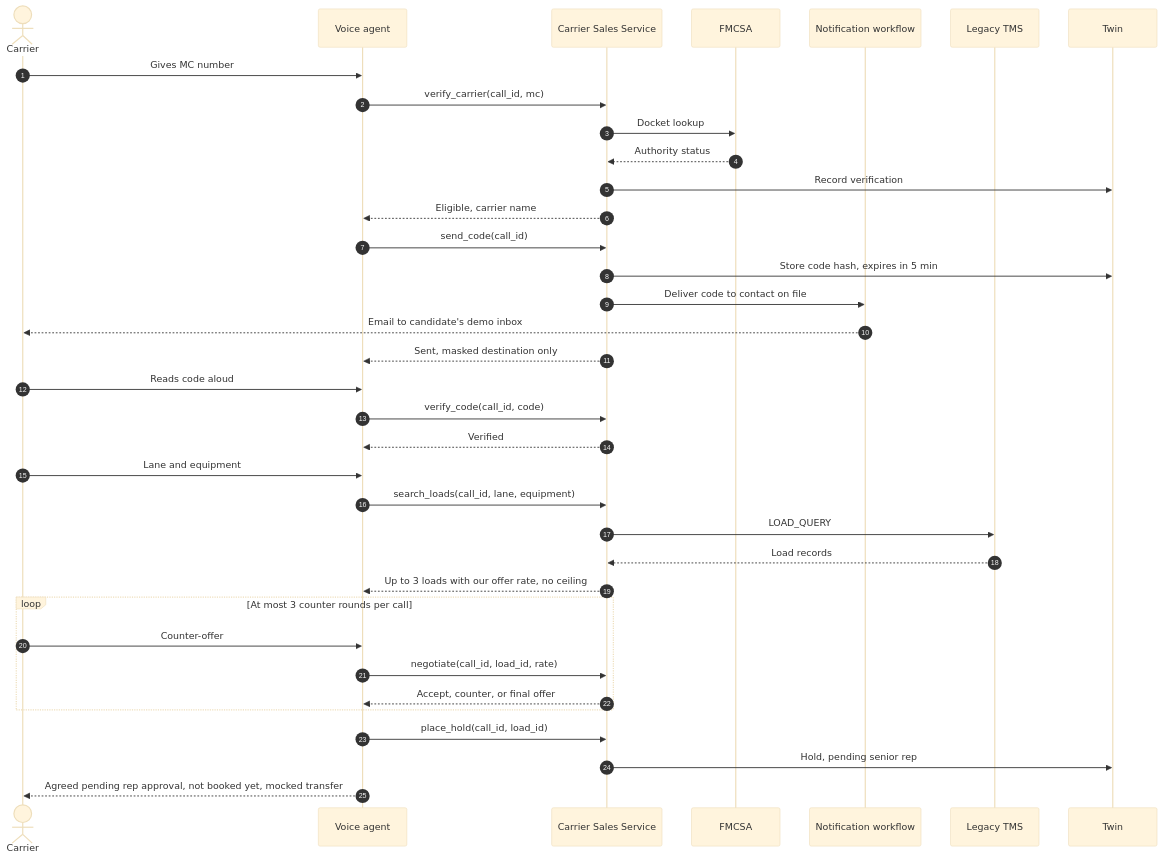
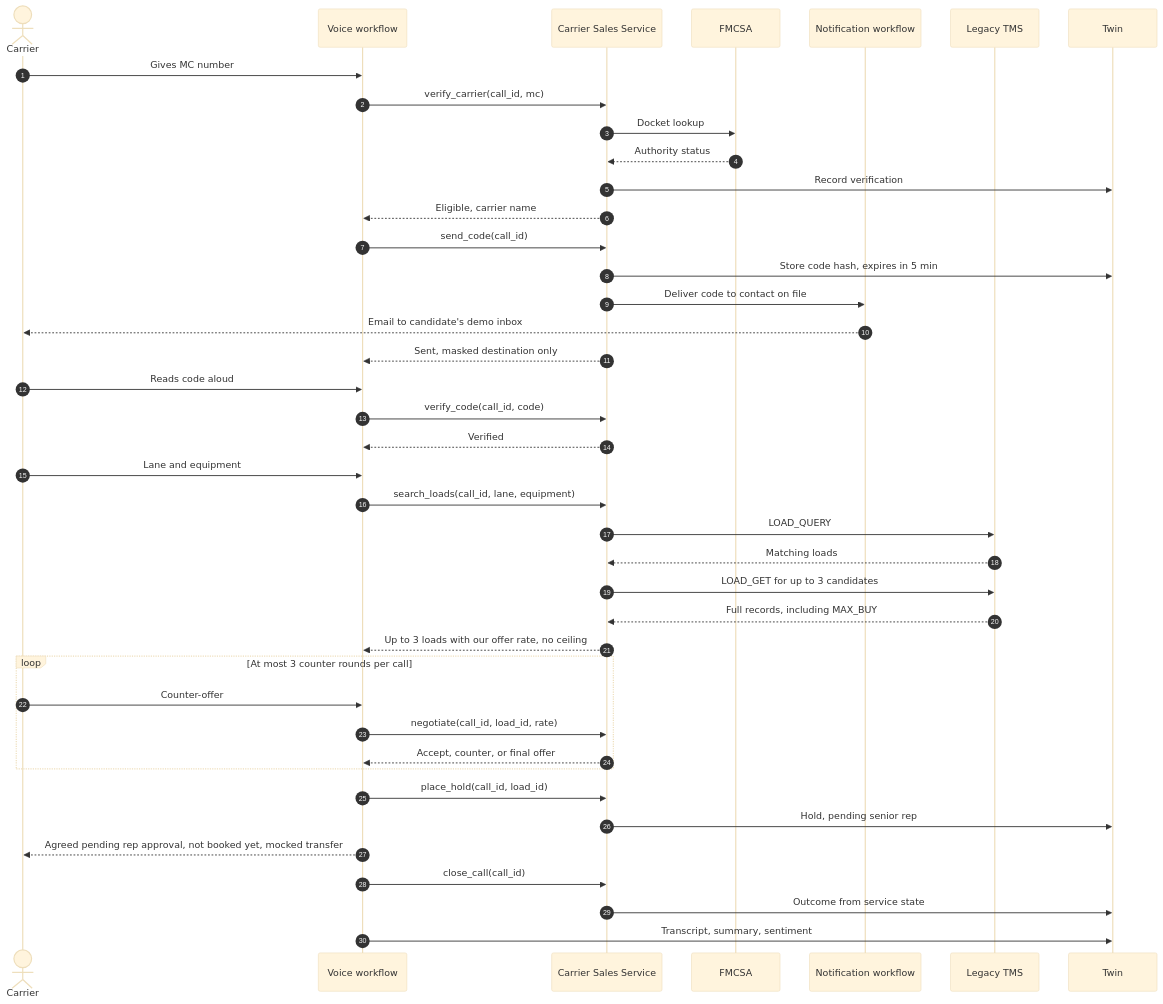
Before and after one commit to sgon0181/happyrobot-inbound-carrier-sales: the second of 3 diagrams in ARCHITECTURE.md, drawn with Mermaid (base theme). The commit also changed other lines of this file and 2 other files, not shown here.

First line of the commit message:
docs: architecture v2.1, pre-build review fixes

````diff
--- a/ARCHITECTURE.md
+++ b/ARCHITECTURE.md
@@ -86,43 +86,49 @@
 ```mermaid
 sequenceDiagram
     autonumber
     actor C as Carrier
-    participant A as Voice agent
+    participant A as Voice workflow
     participant S as Carrier Sales Service
     participant F as FMCSA
     participant N as Notification workflow
     participant T as Legacy TMS
     participant D as Twin
 
     C->>A: Gives MC number
     A->>S: verify_carrier(call_id, mc)
     S->>F: Docket lookup
     F-->>S: Authority status
     S->>D: Record verification
     S-->>A: Eligible, carrier name
 
     A->>S: send_code(call_id)
     S->>D: Store code hash, expires in 5 min
     S->>N: Deliver code to contact on file
     N-->>C: Email to candidate's demo inbox
     S-->>A: Sent, masked destination only
     C->>A: Reads code aloud
     A->>S: verify_code(call_id, code)
     S-->>A: Verified
 
     C->>A: Lane and equipment
     A->>S: search_loads(call_id, lane, equipment)
     S->>T: LOAD_QUERY
-    T-->>S: Load records
+    T-->>S: Matching loads
+    S->>T: LOAD_GET for up to 3 candidates
+    T-->>S: Full records, including MAX_BUY
     S-->>A: Up to 3 loads with our offer rate, no ceiling
 
     loop At most 3 counter rounds per call
         C->>A: Counter-offer
         A->>S: negotiate(call_id, load_id, rate)
         S-->>A: Accept, counter, or final offer
     end
 
     A->>S: place_hold(call_id, load_id)
     S->>D: Hold, pending senior rep
     A-->>C: Agreed pending rep approval, not booked yet, mocked transfer
+
+    A->>S: close_call(call_id)
+    S->>D: Outcome from service state
+    A->>D: Transcript, summary, sentiment
 ```
````
